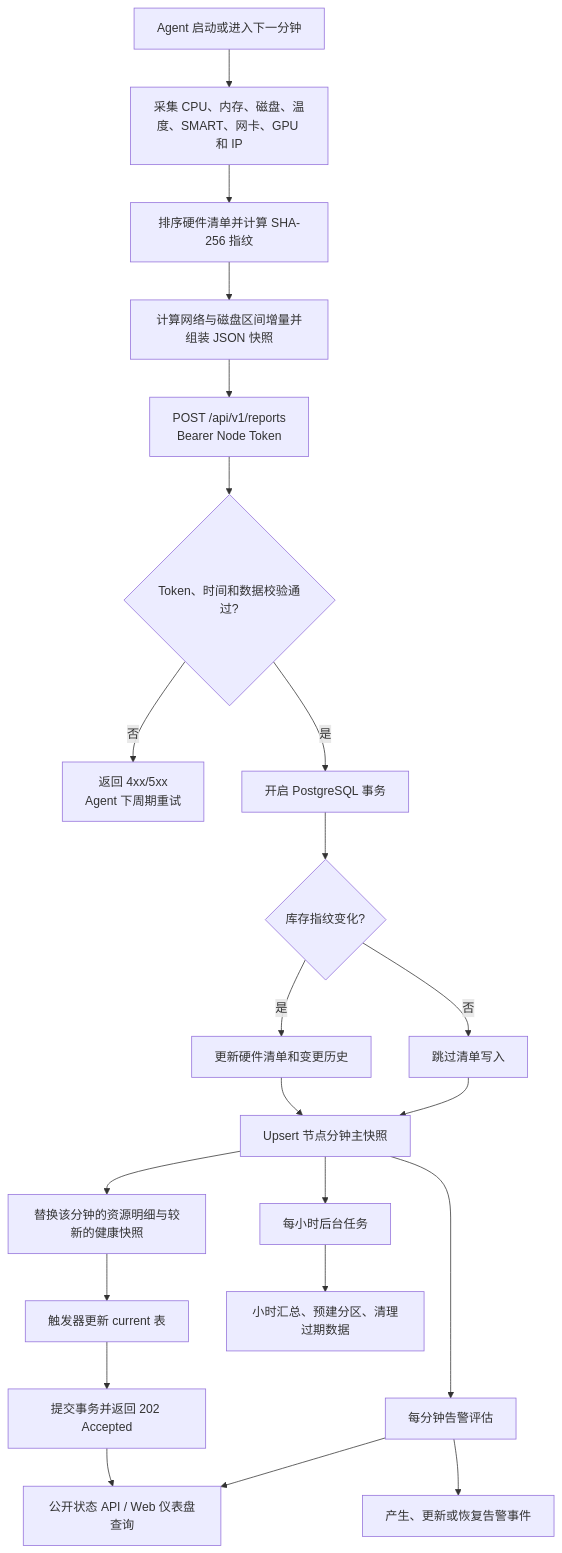
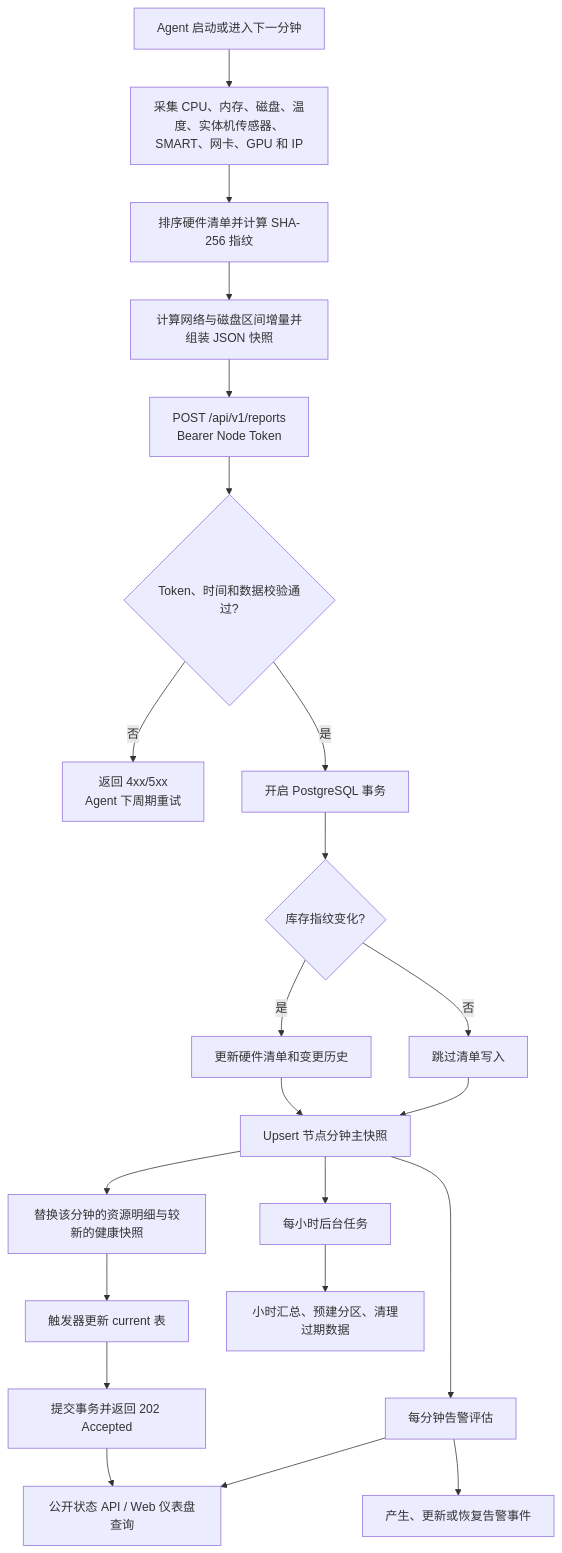
The diagram in README.md (guohai163/server-status), drawn with Mermaid before and after one commit. The commit also changed other lines of this file and 20 other files, not shown here.

````diff
--- a/README.md
+++ b/README.md
@@ -61,24 +62,24 @@
 ```mermaid
 flowchart TD
-    A["Agent 启动或进入下一分钟"] --> B["采集 CPU、内存、磁盘、温度、SMART、网卡、GPU 和 IP"]
+    A["Agent 启动或进入下一分钟"] --> B["采集 CPU、内存、磁盘、温度、实体机传感器、SMART、网卡、GPU 和 IP"]
     B --> C["排序硬件清单并计算 SHA-256 指纹"]
     C --> D["计算网络与磁盘区间增量并组装 JSON 快照"]
     D --> E["POST /api/v1/reports<br/>Bearer Node Token"]
     E --> F{"Token、时间和数据校验通过?"}
     F -- "否" --> G["返回 4xx/5xx<br/>Agent 下周期重试"]
     F -- "是" --> H["开启 PostgreSQL 事务"]
     H --> I{"库存指纹变化?"}
     I -- "是" --> J["更新硬件清单和变更历史"]
     I -- "否" --> K["跳过清单写入"]
     J --> L["Upsert 节点分钟主快照"]
     K --> L
     L --> M["替换该分钟的资源明细与较新的健康快照"]
     M --> N["触发器更新 current 表"]
     N --> O["提交事务并返回 202 Accepted"]
     O --> P["公开状态 API / Web 仪表盘查询"]
     Q["每分钟告警评估"] --> S["产生、更新或恢复告警事件"]
     L --> Q
     Q --> P
     T["每小时后台任务"] --> R["小时汇总、预建分区、清理过期数据"]
     L --> T
 ```
````
